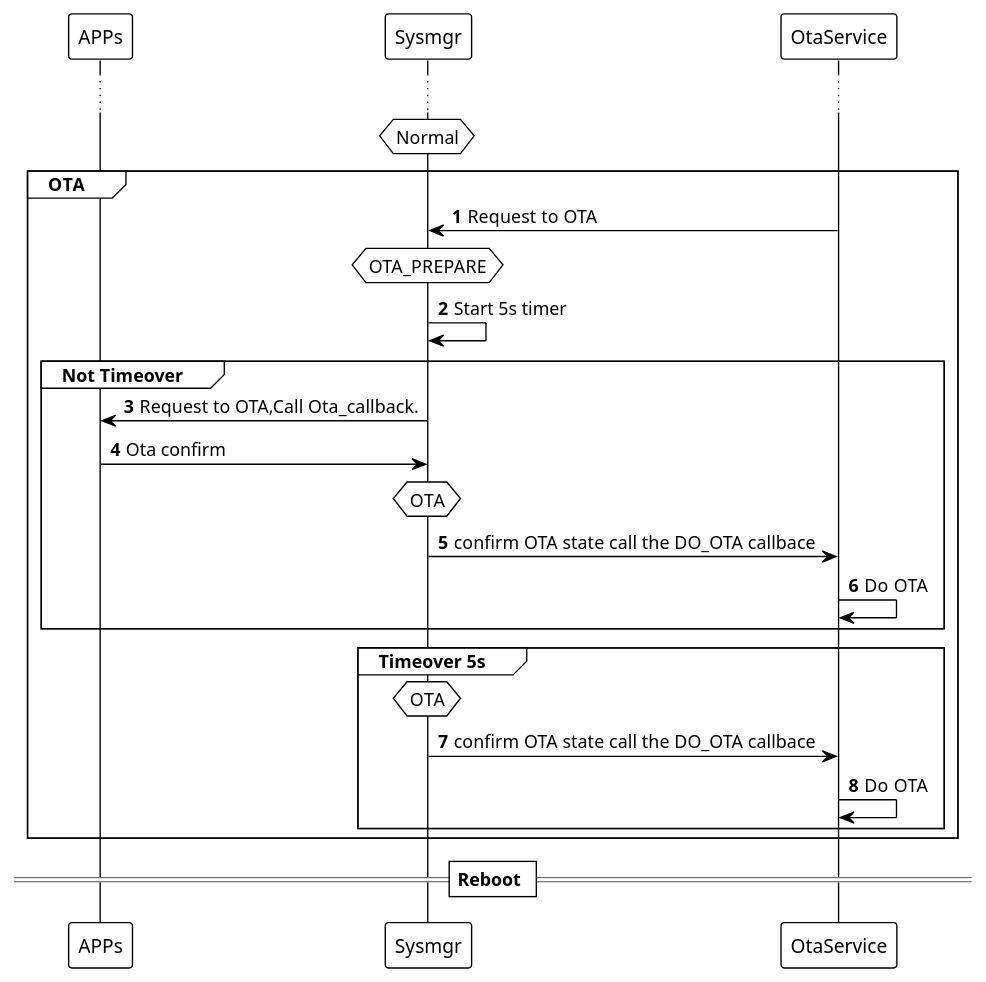
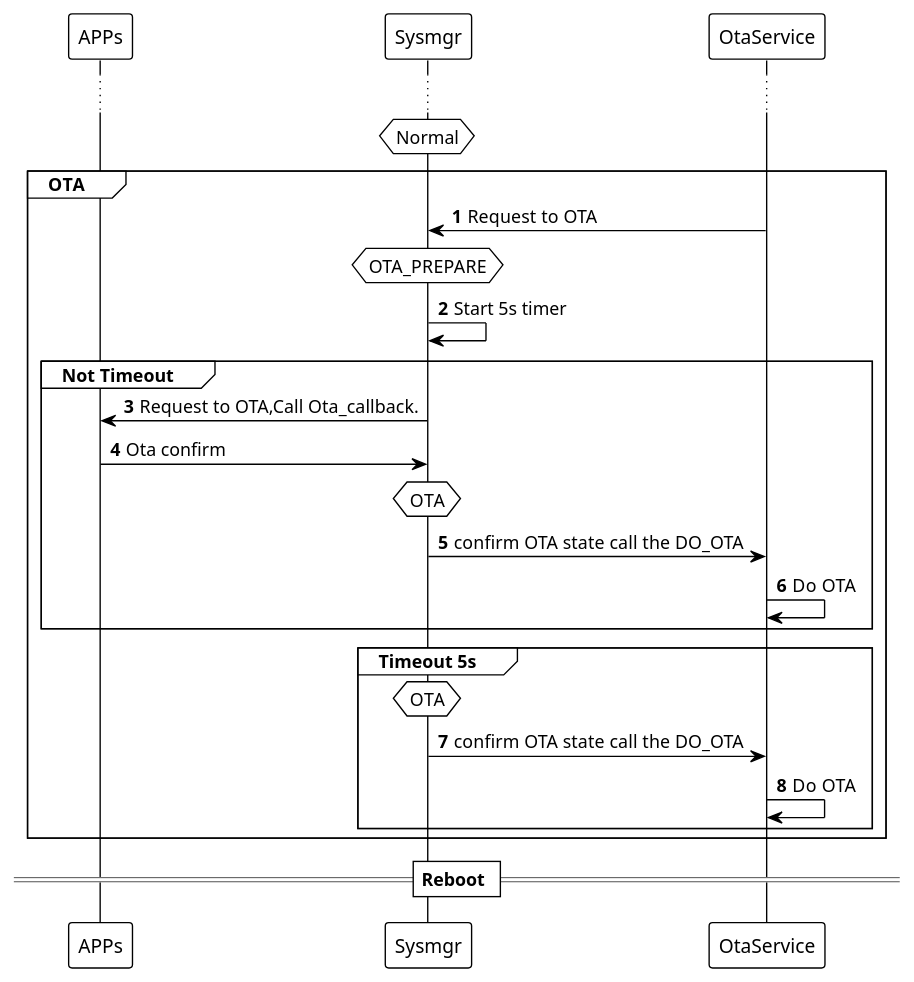
Before and after one commit to Pei-T/notebook: the third of 5 diagrams in sysmgr/stateflow.md, drawn with PlantUML. The commit also changed other lines of this file and 16 other files, not shown here.

````diff
--- a/sysmgr/stateflow.md
+++ b/sysmgr/stateflow.md
@@ -120,30 +120,30 @@
 ```puml
-@startuml "statelfow"
+@startuml "StateFlow"
 !theme plain
 autonumber
 participant APPs order 10
 participant Sysmgr order 20
 participant OtaService order 30
 ...
 hnote over Sysmgr:Normal
 group OTA
 OtaService->Sysmgr:Request to OTA
 hnote over Sysmgr:OTA_PREPARE
 Sysmgr->Sysmgr:Start 5s timer
-group Not Timeover
+group Not Timeout
 Sysmgr->APPs:Request to OTA,Call Ota_callback.
 APPs->Sysmgr:Ota confirm
 hnote over Sysmgr:OTA
-Sysmgr->OtaService:confirm OTA state call the DO_OTA callbace
+Sysmgr->OtaService:confirm OTA state call the DO_OTA
 OtaService->OtaService: Do OTA
 end
-group Timeover 5s
+group Timeout 5s
 
 hnote over Sysmgr:OTA
-Sysmgr->OtaService:confirm OTA state call the DO_OTA callbace
+Sysmgr->OtaService:confirm OTA state call the DO_OTA
 OtaService->OtaService: Do OTA
 end
 end
 == Reboot ==
 @enduml
 ```
````
